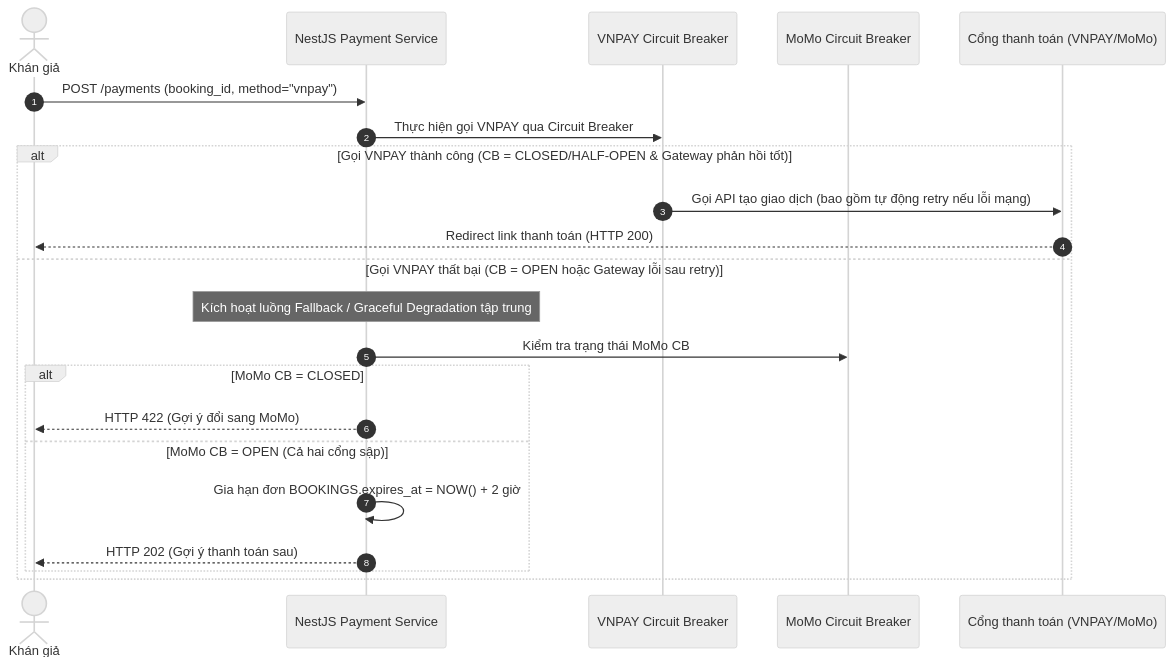
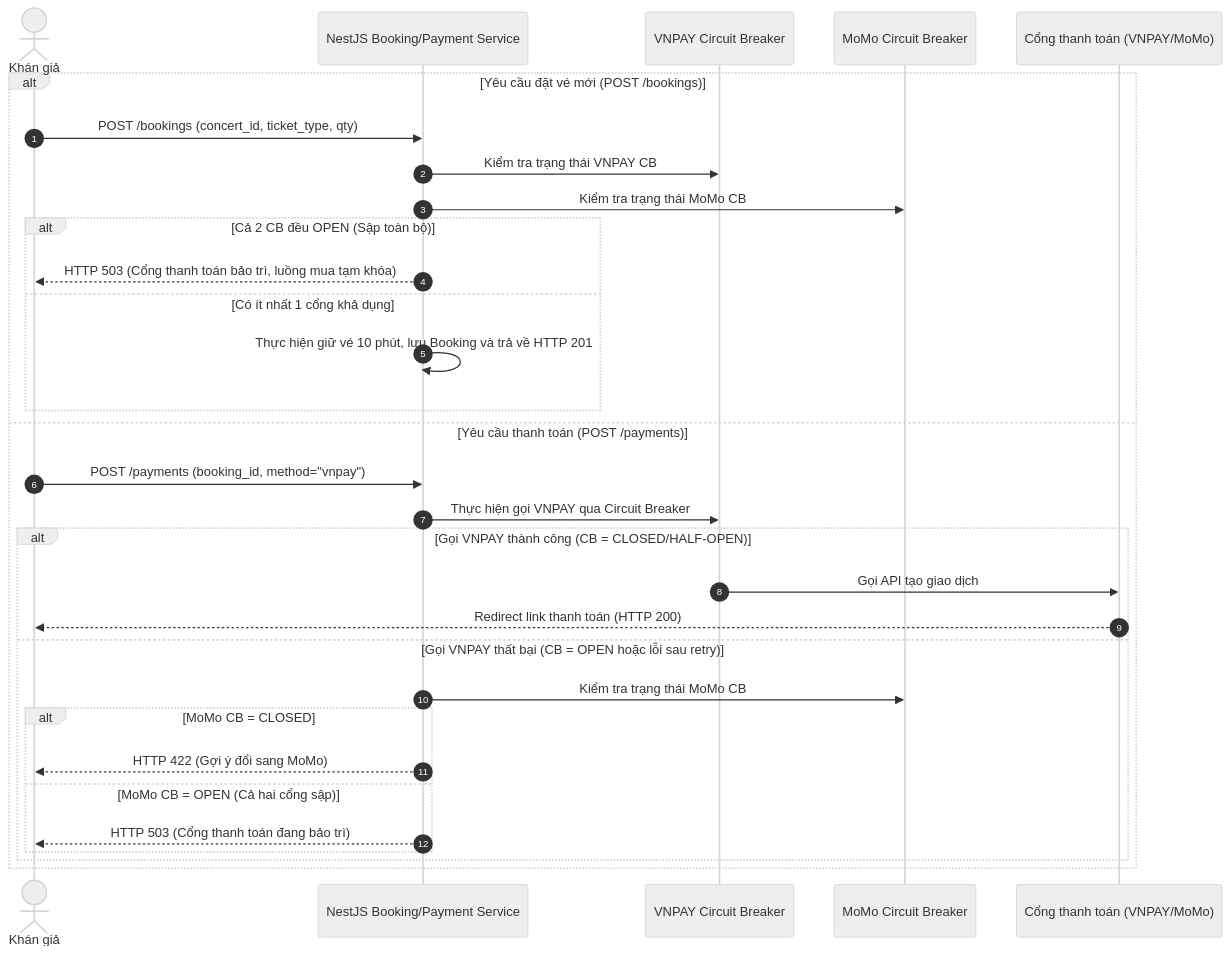
The eighth of 15 diagrams in docs/design.md (thuytranj/TicketBox), drawn with Mermaid (neutral theme) before and after one commit. The commit also changed other lines of this file and 6 other files, not shown here.

````diff
--- a/docs/design.md
+++ b/docs/design.md
@@ -990,26 +996,34 @@
 ```mermaid
 sequenceDiagram
     autonumber
     actor K as Khán giả
-    participant API as NestJS Payment Service
+    participant API as NestJS Booking/Payment Service
     participant CB_VN as VNPAY Circuit Breaker
     participant CB_MO as MoMo Circuit Breaker
     participant GW as Cổng thanh toán (VNPAY/MoMo)
 
-    K->>API: POST /payments (booking_id, method="vnpay")
-    API->>CB_VN: Thực hiện gọi VNPAY qua Circuit Breaker
-
-    alt Gọi VNPAY thành công (CB = CLOSED/HALF-OPEN & Gateway phản hồi tốt)
-        CB_VN->>GW: Gọi API tạo giao dịch (bao gồm tự động retry nếu lỗi mạng)
-        GW-->>K: Redirect link thanh toán (HTTP 200)
-    else Gọi VNPAY thất bại (CB = OPEN hoặc Gateway lỗi sau retry)
-        Note over API: Kích hoạt luồng Fallback / Graceful Degradation tập trung
+    alt Yêu cầu đặt vé mới (POST /bookings)
+        K->>API: POST /bookings (concert_id, ticket_type, qty)
+        API->>CB_VN: Kiểm tra trạng thái VNPAY CB
         API->>CB_MO: Kiểm tra trạng thái MoMo CB
-        alt MoMo CB = CLOSED
-            API-->>K: HTTP 422 (Gợi ý đổi sang MoMo)
-        else MoMo CB = OPEN (Cả hai cổng sập)
-            API->>API: Gia hạn đơn BOOKINGS.expires_at = NOW() + 2 giờ
-            API-->>K: HTTP 202 (Gợi ý thanh toán sau)
+        alt Cả 2 CB đều OPEN (Sập toàn bộ)
+            API-->>K: HTTP 503 (Cổng thanh toán bảo trì, luồng mua tạm khóa)
+        else Có ít nhất 1 cổng khả dụng
+            API->>API: Thực hiện giữ vé 10 phút, lưu Booking và trả về HTTP 201
+        end
+    else Yêu cầu thanh toán (POST /payments)
+        K->>API: POST /payments (booking_id, method="vnpay")
+        API->>CB_VN: Thực hiện gọi VNPAY qua Circuit Breaker
+        alt Gọi VNPAY thành công (CB = CLOSED/HALF-OPEN)
+            CB_VN->>GW: Gọi API tạo giao dịch
+            GW-->>K: Redirect link thanh toán (HTTP 200)
+        else Gọi VNPAY thất bại (CB = OPEN hoặc lỗi sau retry)
+            API->>CB_MO: Kiểm tra trạng thái MoMo CB
+            alt MoMo CB = CLOSED
+                API-->>K: HTTP 422 (Gợi ý đổi sang MoMo)
+            else MoMo CB = OPEN (Cả hai cổng sập)
+                API-->>K: HTTP 503 (Cổng thanh toán đang bảo trì)
+            end
         end
     end
 ```
````
